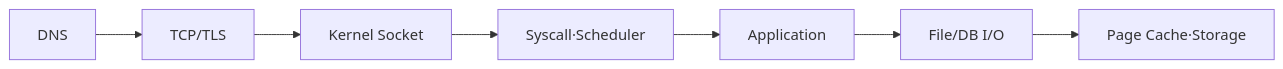
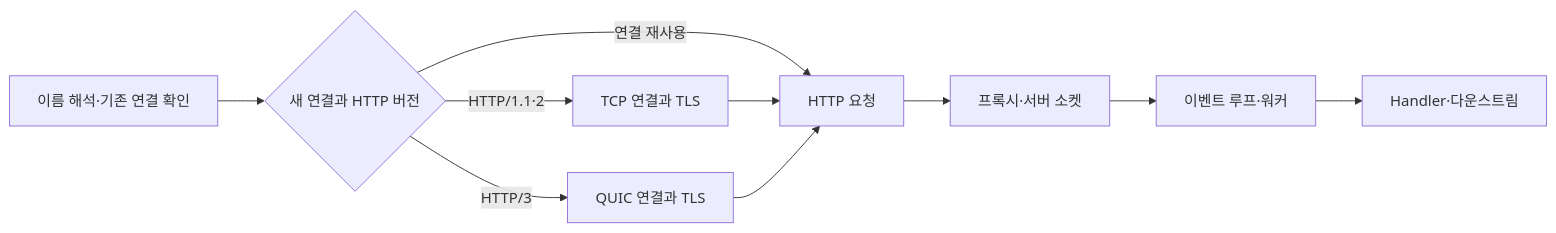
Before and after one commit to hyeongseoblim/systemdesign: the diagram in apps/api/src/main/resources/content/cs-09-os-network-interview.md, drawn with Mermaid. The commit also changed other lines of this file and 96 other files, not shown here.

````diff
--- a/apps/api/src/main/resources/content/cs-09-os-network-interview.md
+++ b/apps/api/src/main/resources/content/cs-09-os-network-interview.md
@@ -24,9 +33,12 @@
 ```mermaid
 flowchart LR
-    D[DNS] --> T[TCP/TLS]
-    T --> K[Kernel Socket]
-    K --> S[Syscall·Scheduler]
-    S --> A[Application]
-    A --> F[File/DB I/O]
-    F --> P[Page Cache·Storage]
+    A[이름 해석·기존 연결 확인] --> B{새 연결과 HTTP 버전}
+    B -->|HTTP/1.1·2| C[TCP 연결과 TLS]
+    B -->|HTTP/3| D[QUIC 연결과 TLS]
+    B -->|연결 재사용| E[HTTP 요청]
+    C --> E
+    D --> E
+    E --> F[프록시·서버 소켓]
+    F --> G[이벤트 루프·워커]
+    G --> H[Handler·다운스트림]
 ```
````
